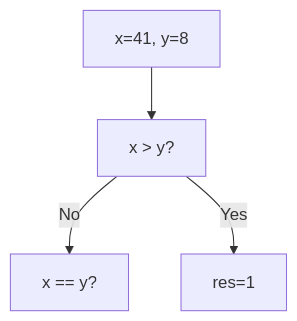
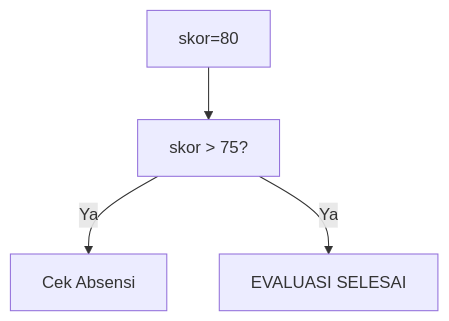
Before and after one commit to amnahwaida/OSNK_INF_PREP: the tenth of 25 diagrams in part-c-pemahaman-cpp/02-percabangan/latihan/set-04.md, drawn with Mermaid. The commit also changed other lines of this file and 71 other files, not shown here.

````diff
--- a/part-c-pemahaman-cpp/02-percabangan/latihan/set-04.md
+++ b/part-c-pemahaman-cpp/02-percabangan/latihan/set-04.md
@@ -277,6 +284,6 @@
 ```mermaid
 graph TD
-A["x=41, y=8"] --> B["x > y?"]
-B -- No --> C["x == y?"]
-B -- Yes --> D[res=1]
+A["skor=80"] --> B["skor > 75?"]
+B -- Ya --> C["Cek Absensi"]
+B -- Ya --> D["EVALUASI SELESAI"]
 ```
````
